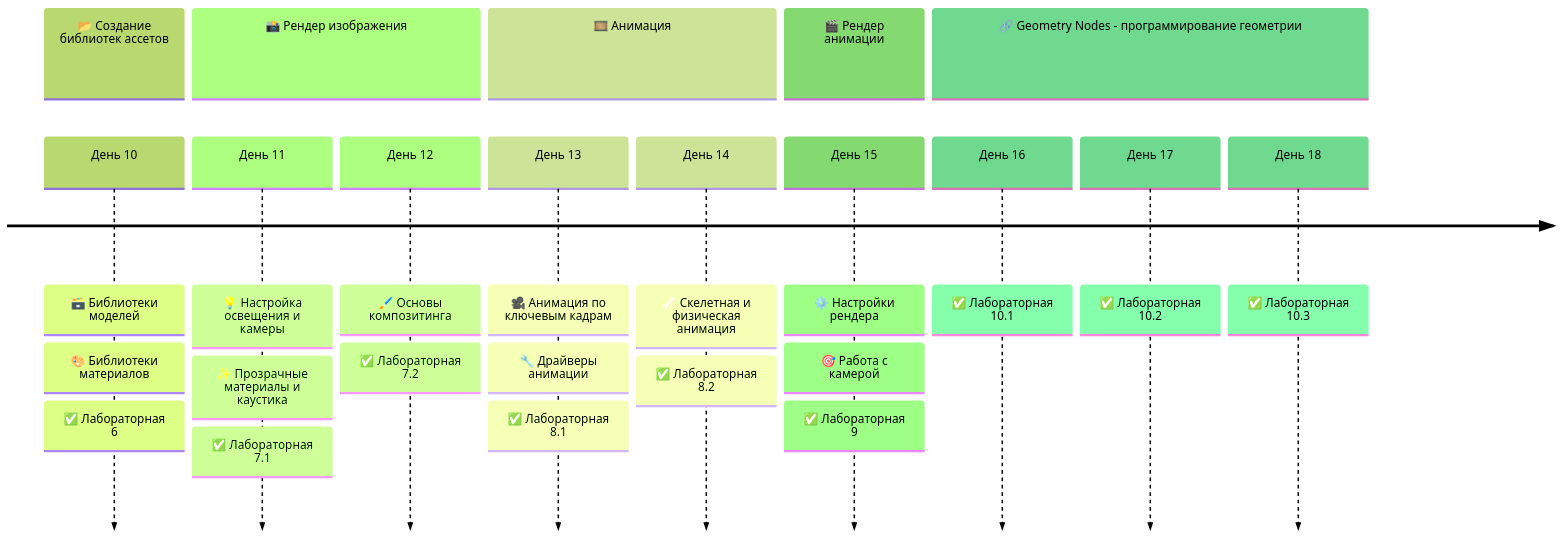
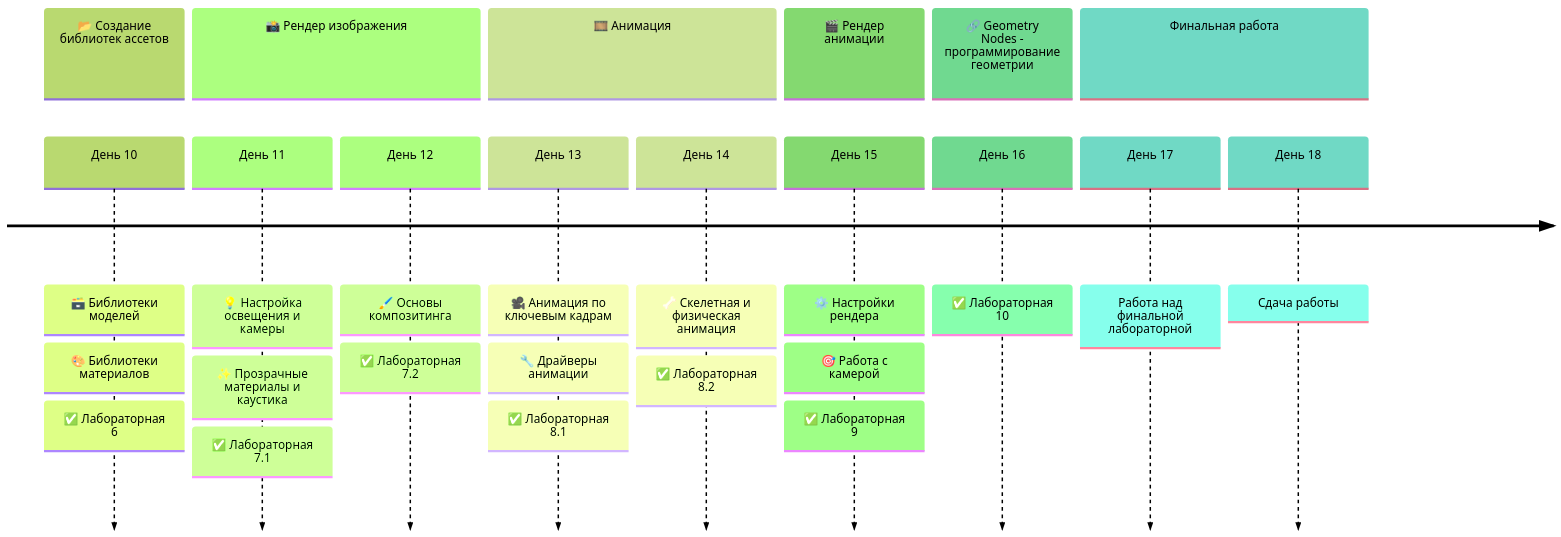
The second of 2 diagrams in README.md (mvodya/3d-course-blender-2025), drawn with Mermaid (forest theme) before and after one commit.

Commit message:
Removed labs 10.2 & 10.3

````diff
--- a/README.md
+++ b/README.md
@@ -92,26 +92,27 @@
 ```mermaid
 timeline      
     section 📂 Создание библиотек ассетов
         День 10 : 🗃️ Библиотеки моделей : 🎨 Библиотеки материалов :
             ✅ Лабораторная 6
     section 📸 Рендер изображения
         День 11 : 💡 Настройка освещения и камеры : ✨ Прозрачные материалы и каустика :
             ✅ Лабораторная 7.1
         День 12 : 🖌️ Основы композитинга :
             ✅ Лабораторная 7.2
     section 🎞️ Анимация
         День 13 : 🎥 Анимация по ключевым кадрам : 🔧 Драйверы анимации :
             ✅ Лабораторная 8.1
         День 14 : 🦴 Скелетная и физическая анимация :
             ✅ Лабораторная 8.2
     section 🎬 Рендер анимации
         День 15 : ⚙️ Настройки рендера : 🎯 Работа с камерой :
             ✅ Лабораторная 9
     section 🔗 Geometry Nodes - программирование геометрии
         День 16 :
-            ✅ Лабораторная 10.1
+            ✅ Лабораторная 10
+    section Финальная работа
         День 17 :
-            ✅ Лабораторная 10.2
+            Работа над финальной лабораторной
         День 18 :
-            ✅ Лабораторная 10.3
+            Сдача работы
 ```
````
